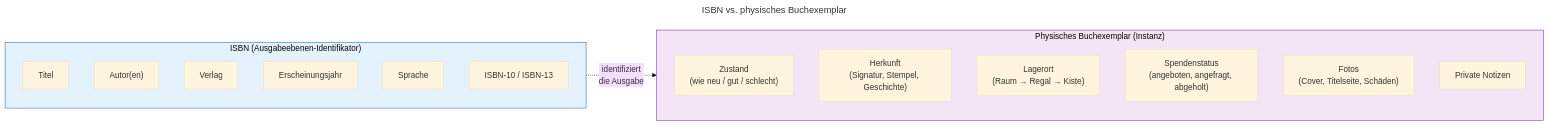
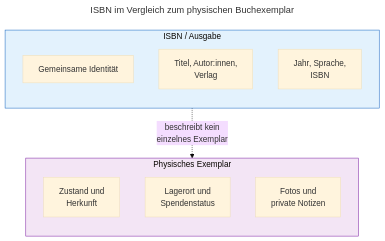
One commit to mihafreenode/let-books changed the diagram in docs/diagrams/blog/isbn-not-a-database/de/isbn-vs-physical-book.mmd. Above: the diagram before and after it, drawn with Mermaid (base theme). The commit also changed 430 other files, not shown here.

```diff
--- a/docs/diagrams/blog/isbn-not-a-database/de/isbn-vs-physical-book.mmd
+++ b/docs/diagrams/blog/isbn-not-a-database/de/isbn-vs-physical-book.mmd
@@ -1,28 +1,22 @@
 ---
-title: ISBN vs. physisches Buchexemplar
+title: ISBN im Vergleich zum physischen Buchexemplar
 ---
-flowchart LR
-    subgraph ISBN["ISBN (Ausgabeebenen-Identifikator)"]
+flowchart TB
+    subgraph ISBN["ISBN / Ausgabe"]
         direction TB
-        I1["Titel"]
-        I2["Autor(en)"]
-        I3["Verlag"]
-        I4["Erscheinungsjahr"]
-        I5["Sprache"]
-        I6["ISBN-10 / ISBN-13"]
+        I1["Gemeinsame Identität"]
+        I2["Titel, Autor:innen,<br/>Verlag"]
+        I3["Jahr, Sprache,<br/>ISBN"]
     end
 
-    subgraph Physical["Physisches Buchexemplar (Instanz)"]
+    subgraph Physical["Physisches Exemplar"]
         direction TB
-        P1["Zustand<br/>(wie neu / gut / schlecht)"]
-        P2["Herkunft<br/>(Signatur, Stempel, Geschichte)"]
-        P3["Lagerort<br/>(Raum → Regal → Kiste)"]
-        P4["Spendenstatus<br/>(angeboten, angefragt, abgeholt)"]
-        P5["Fotos<br/>(Cover, Titelseite, Schäden)"]
-        P6["Private Notizen"]
+        P1["Zustand und<br/>Herkunft"]
+        P2["Lagerort und<br/>Spendenstatus"]
+        P3["Fotos und<br/>private Notizen"]
     end
 
-    ISBN -.->|"identifiziert<br/>die Ausgabe"| Physical
+    I3 -.->|"beschreibt kein<br/>einzelnes Exemplar"| P1
 
     style ISBN fill:#e3f2fd,stroke:#1565c0
     style Physical fill:#f3e5f5,stroke:#7b1fa2
```
